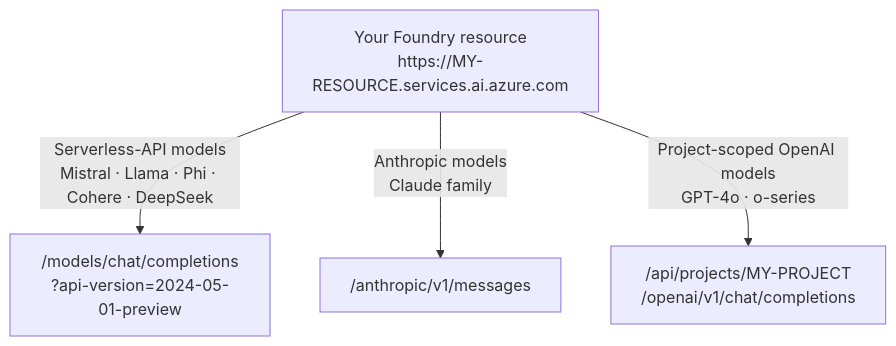
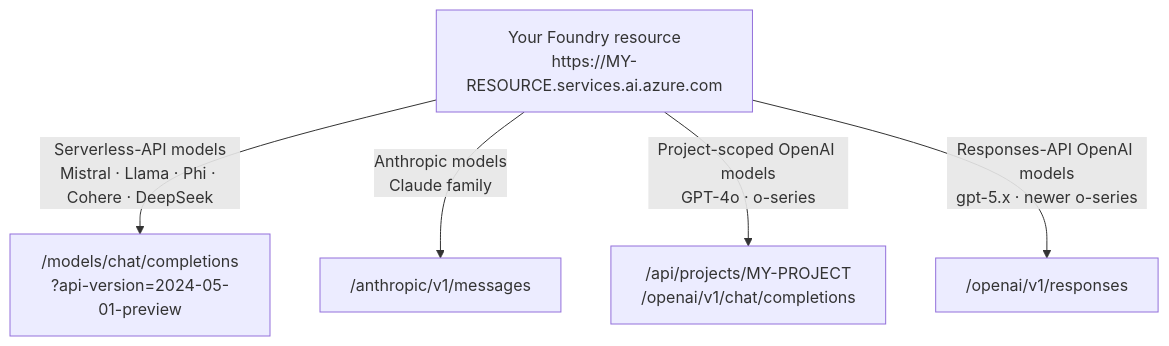
The first of 3 diagrams in SETUP.md (Izzetee/PiPiMink), drawn with Mermaid before and after one commit. The commit also changed other lines of this file and 19 other files, not shown here.

First line of the commit message:
Support Azure AI Foundry OpenAI models via the Responses API (Fixes #47) (#48)

````diff
--- a/SETUP.md
+++ b/SETUP.md
@@ -91,8 +91,9 @@
 ```mermaid
 flowchart TD
     R[Your Foundry resource\nhttps://MY-RESOURCE.services.ai.azure.com]
 
     R -->|Serverless-API models\nMistral · Llama · Phi · Cohere · DeepSeek| P1["/models/chat/completions\n?api-version=2024-05-01-preview"]
     R -->|Anthropic models\nClaude family| P2["/anthropic/v1/messages"]
     R -->|Project-scoped OpenAI models\nGPT-4o · o-series| P3["/api/projects/MY-PROJECT\n/openai/v1/chat/completions"]
+    R -->|Responses-API OpenAI models\ngpt-5.x · newer o-series| P4["/openai/v1/responses"]
 ```
````
